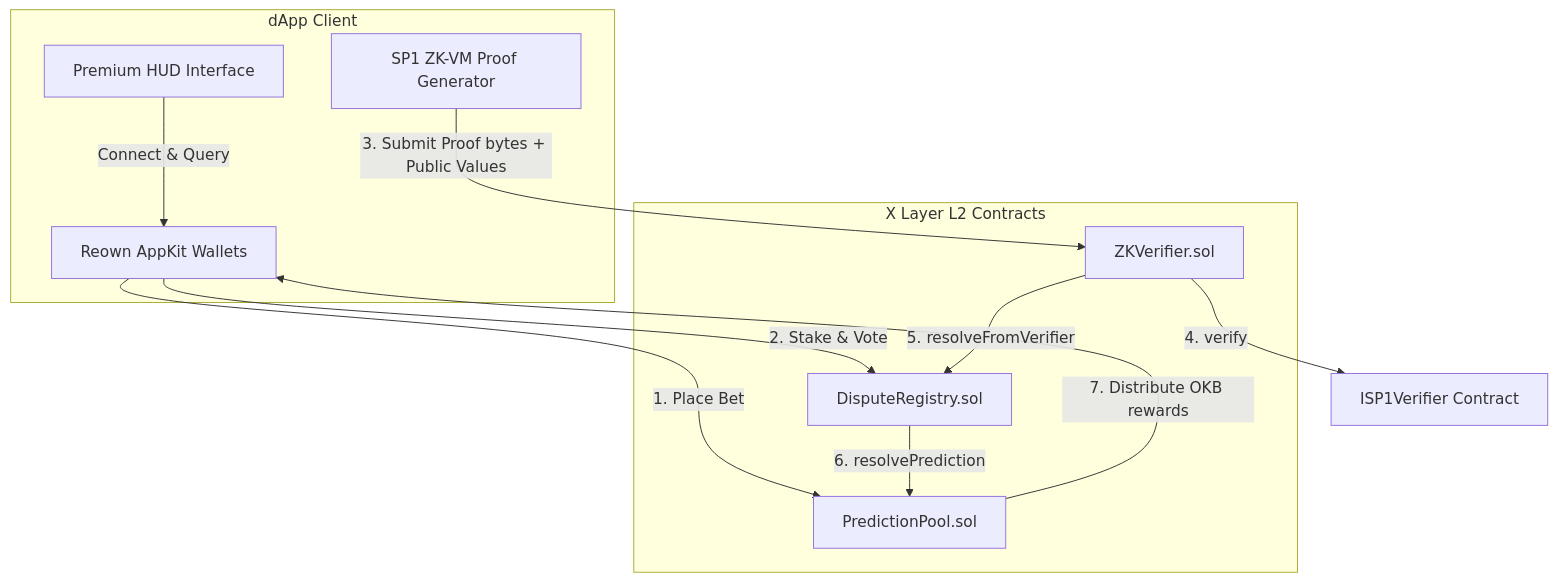
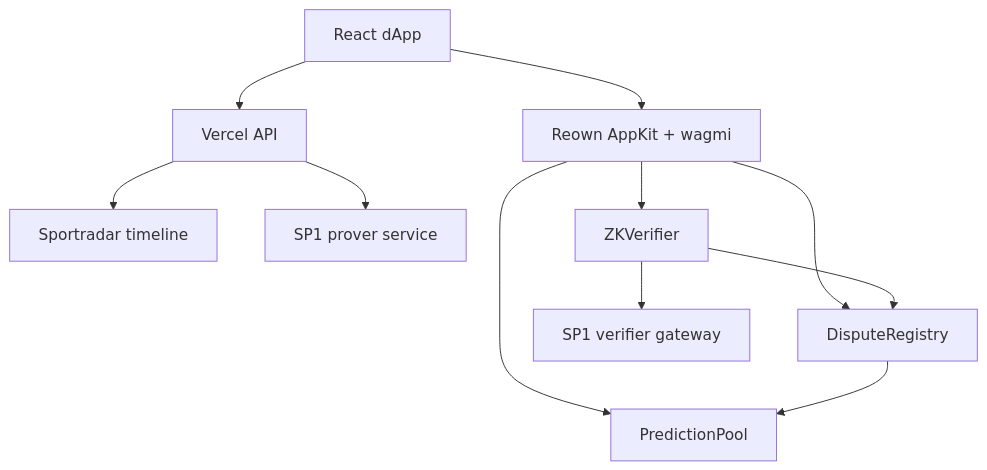
The diagram in README.md (Datwebguy/zk-var), drawn with Mermaid before and after one commit. The commit also changed other lines of this file and 16 other files, not shown here.

````diff
--- a/README.md
+++ b/README.md
@@ -48,23 +43,13 @@
 ```mermaid
 flowchart TD
-    subgraph Frontend [dApp Client]
-        UI[Premium HUD Interface]
-        Wallet[Reown AppKit Wallets]
-        ZKP[SP1 ZK-VM Proof Generator]
-    end
-
-    subgraph Contracts [X Layer L2 Contracts]
-        Pools[PredictionPool.sol]
-        Disputes[DisputeRegistry.sol]
-        Verifier[ZKVerifier.sol]
-    end
-
-    UI -->|Connect & Query| Wallet
-    Wallet -->|1. Place Bet| Pools
-    Wallet -->|2. Stake & Vote| Disputes
-    ZKP -->|3. Submit Proof bytes + Public Values| Verifier
-    Verifier -->|4. verify| SP1[ISP1Verifier Contract]
-    Verifier -->|5. resolveFromVerifier| Disputes
-    Disputes -->|6. resolvePrediction| Pools
-    Pools -->|7. Distribute OKB rewards| Wallet
+    UI[React dApp] --> Wallet[Reown AppKit + wagmi]
+    Wallet --> Pool[PredictionPool]
+    Wallet --> Registry[DisputeRegistry]
+    UI --> API[Vercel API]
+    API --> Data[Sportradar timeline]
+    API --> Prover[SP1 prover service]
+    Wallet --> Verifier[ZKVerifier]
+    Verifier --> SP1[SP1 verifier gateway]
+    Verifier --> Registry
+    Registry --> Pool
 ```
````
